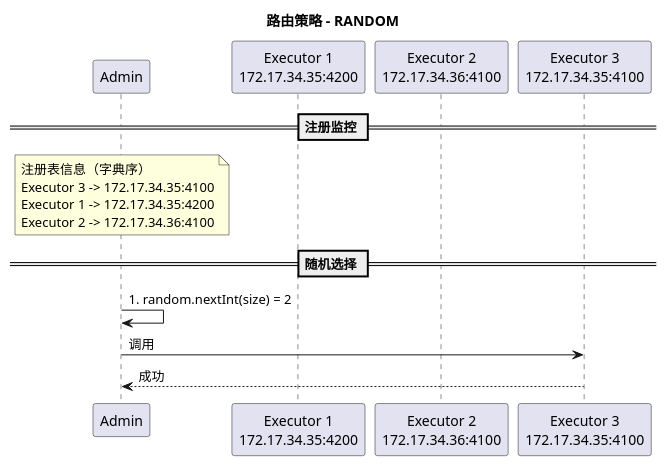
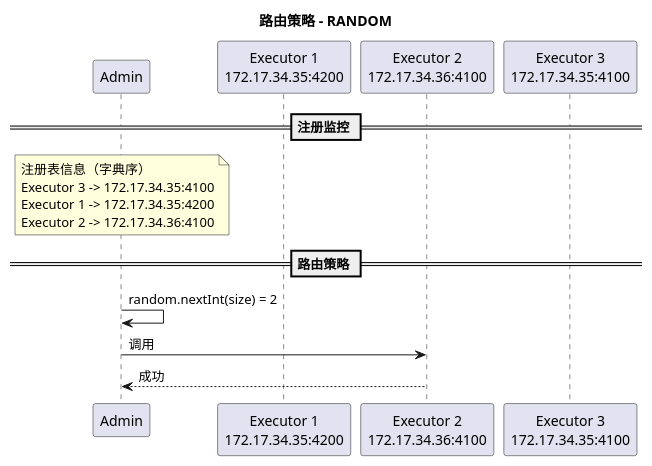
Before and after one commit to Sean-K-Wu/xxl-job: the diagram in doc/uml/sequence/admin/route-random.puml, drawn with PlantUML. The commit also changed 9 other files, not shown here.

```diff
--- a/doc/uml/sequence/admin/route-random.puml
+++ b/doc/uml/sequence/admin/route-random.puml
@@ -1,23 +1,22 @@
 @startuml
 title 路由策略 - RANDOM
 
 participant a as "Admin" order 10
 participant e1 as "Executor 1\n172.17.34.35:4200" order 20
 participant e2 as "Executor 2\n172.17.34.36:4100" order 30
 participant e3 as "Executor 3\n172.17.34.35:4100" order 40
 
 == 注册监控 ==
 note over a
     注册表信息（字典序）
     Executor 3 -> 172.17.34.35:4100
     Executor 1 -> 172.17.34.35:4200
     Executor 2 -> 172.17.34.36:4100
 end note
 
-== 随机选择 ==
-a -> a : \
-1. random.nextInt(size) = 2
+== 路由策略 ==
+a -> a : random.nextInt(size) = 2
 
-a -> e3 : 调用
-a <-- e3 : 成功
+a -> e2 : 调用
+a <-- e2 : 成功
 @enduml
```
